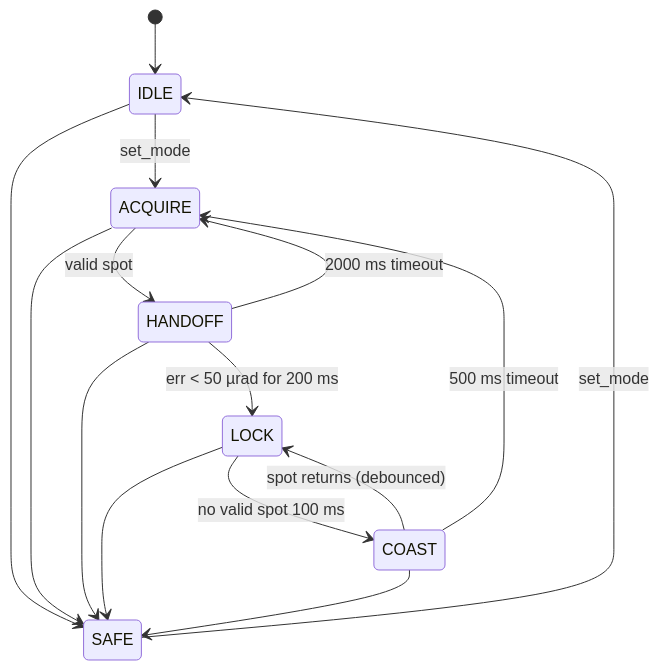
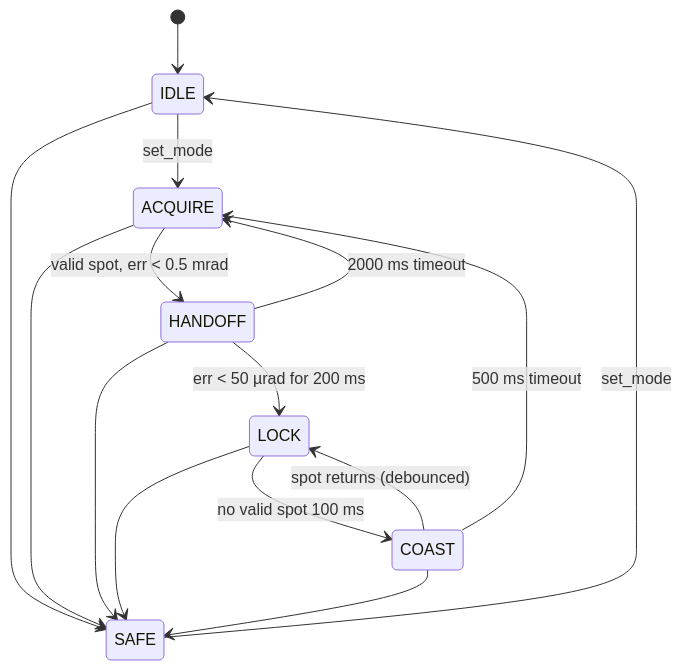
One commit to hermanthong/pat_terminal changed the second of 2 diagrams in README.md. Above: the diagram before and after it, drawn with Mermaid. The commit also changed other lines of this file and 8 other files, not shown here.

````diff
--- a/README.md
+++ b/README.md
@@ -129,17 +130,17 @@
 ```mermaid
 stateDiagram-v2
     [*] --> IDLE
     IDLE --> ACQUIRE : set_mode
-    ACQUIRE --> HANDOFF : valid spot
+    ACQUIRE --> HANDOFF : valid spot, err < 0.5 mrad
     HANDOFF --> LOCK : err < 50 µrad for 200 ms
     HANDOFF --> ACQUIRE : 2000 ms timeout
     LOCK --> COAST : no valid spot 100 ms
     COAST --> LOCK : spot returns (debounced)
     COAST --> ACQUIRE : 500 ms timeout
     IDLE --> SAFE
     ACQUIRE --> SAFE
     HANDOFF --> SAFE
     LOCK --> SAFE
     COAST --> SAFE
     SAFE --> IDLE : set_mode
 ```
````
